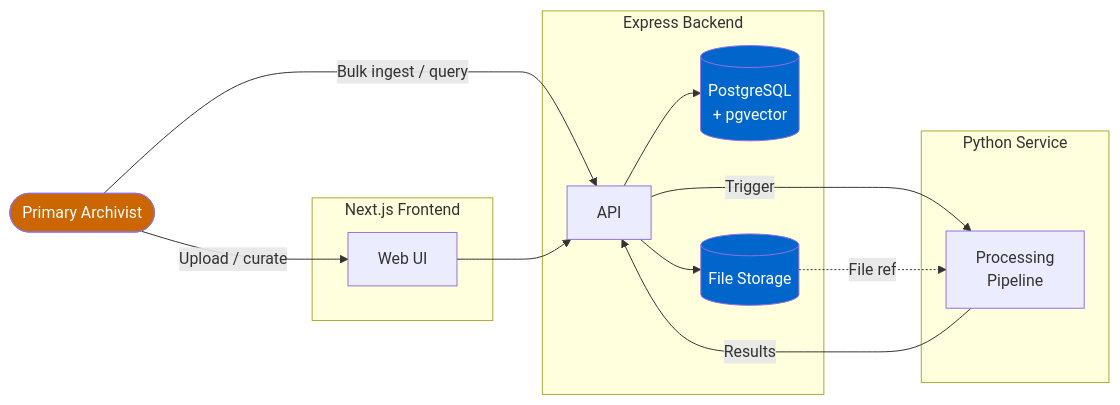
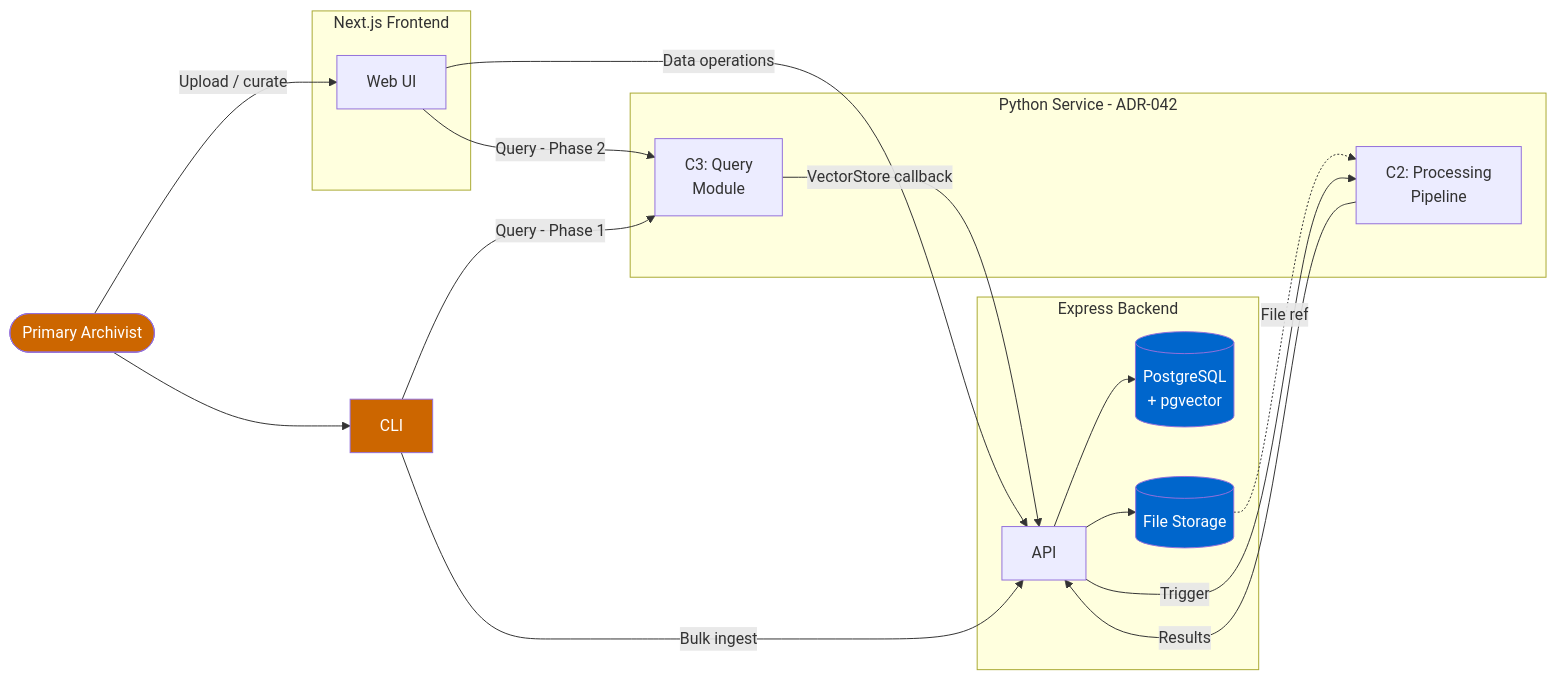
The first of 4 diagrams in documentation/project/system-diagrams.md (matthew-was/institutional-knowledge), drawn with Mermaid before and after one commit. The commit also changed other lines of this file and 3 other files, not shown here.

First line of the commit message:
Add ADR-043 to ADR-045; HoD consistency review complete; all three architecture documents re-approved

````diff
--- a/documentation/project/system-diagrams.md
+++ b/documentation/project/system-diagrams.md
@@ -12,31 +12,38 @@
 ```mermaid
 graph LR
     Archivist([Primary Archivist])
+    CLI[CLI]
 
     subgraph Frontend["Next.js Frontend"]
         WebUI[Web UI]
     end
 
     subgraph Backend["Express Backend"]
         API[API]
         DB[("PostgreSQL<br />+ pgvector")]
         FileStore[("File Storage")]
     end
 
-    subgraph Processing["Python Service"]
-        Processor["Processing<br />Pipeline"]
+    subgraph Processing["Python Service - ADR-042"]
+        Processor["C2: Processing<br />Pipeline"]
+        QueryModule["C3: Query<br />Module"]
     end
 
     Archivist -->|"Upload / curate"| WebUI
-    Archivist -->|"Bulk ingest / query"| API
-    WebUI --> API
+    Archivist --> CLI
+    CLI -->|"Query - Phase 1"| QueryModule
+    CLI -->|"Bulk ingest"| API
+    WebUI -->|"Data operations"| API
+    WebUI -->|"Query - Phase 2"| QueryModule
     API --> DB
     API --> FileStore
     API -->|"Trigger"| Processor
     Processor -->|"Results"| API
+    QueryModule -->|"VectorStore callback"| API
     FileStore -.->|"File ref"| Processor
 
     style DB fill:#0066cc,color:#fff
     style FileStore fill:#0066cc,color:#fff
     style Archivist fill:#cc6600,color:#fff
+    style CLI fill:#cc6600,color:#fff
 ```
````
